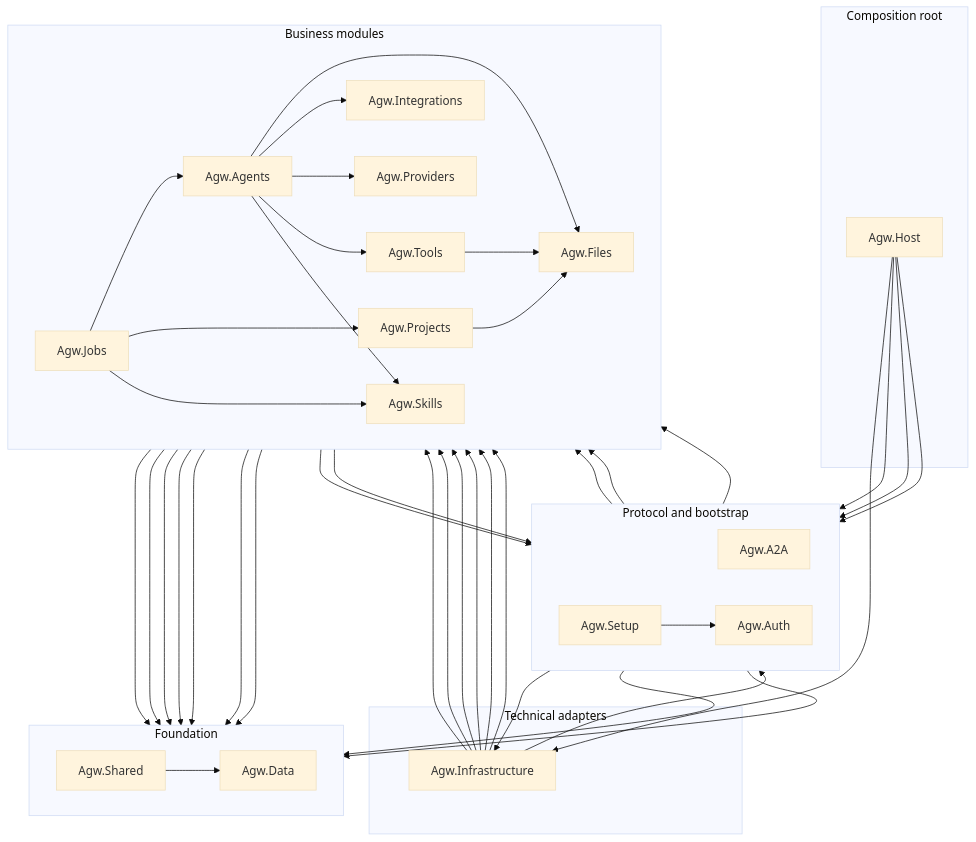
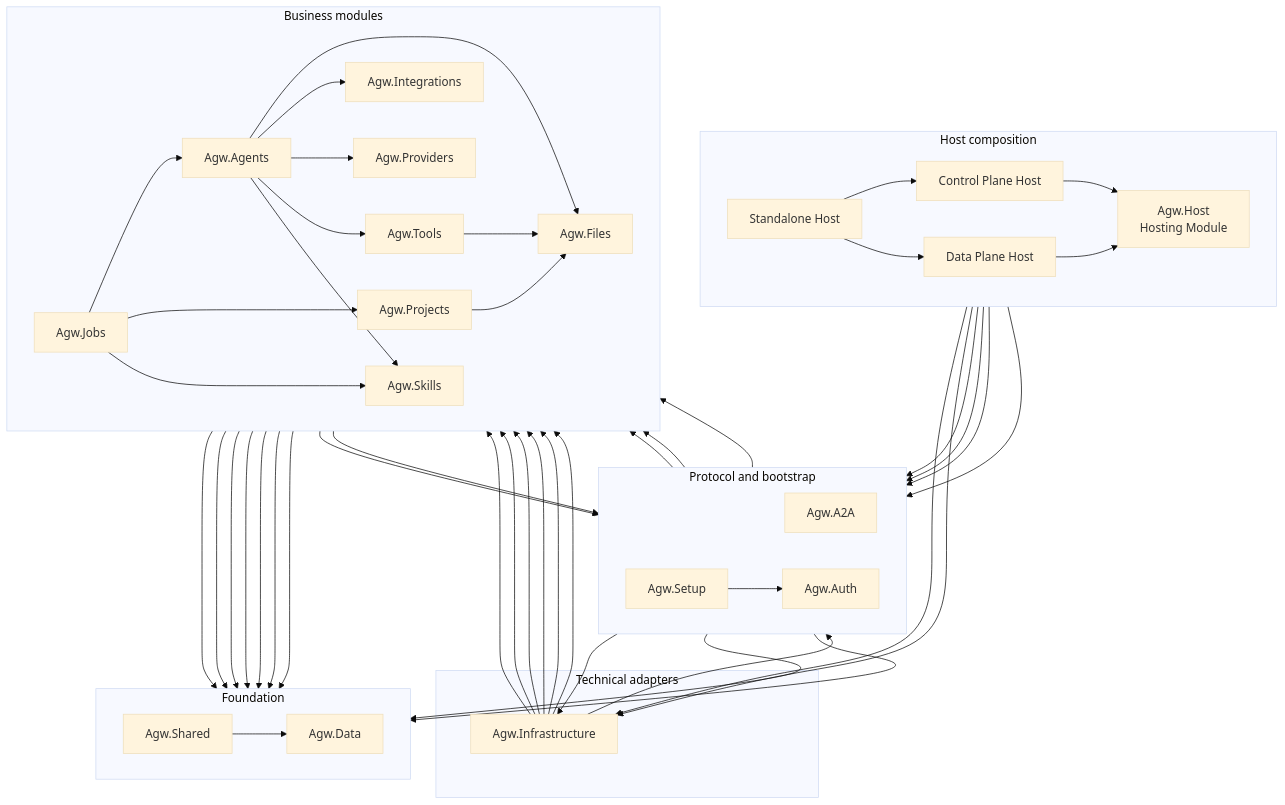
The diagram in docs/2.Architecture.md (zxyao145/agw), drawn with Mermaid (base theme) before and after one commit. The commit also changed other lines of this file and 93 other files, not shown here.

First line of the commit message:
feat(host): add control and data plane deployments

````diff
--- a/docs/2.Architecture.md
+++ b/docs/2.Architecture.md
@@ -49,7 +52,11 @@
 ```mermaid
 flowchart TB
-    subgraph Composition["Composition root"]
-        HOST["Agw.Host"]
+    subgraph Composition["Host composition"]
+        direction LR
+        CONTROL["Control Plane Host"]
+        DATAPLANE["Data Plane Host"]
+        STANDALONE["Standalone Host"]
+        HOST["Agw.Host<br/>Hosting Module"]
     end
 
     subgraph Boundaries["Protocol and bootstrap"]
@@ -81,10 +88,16 @@
         DATA["Agw.Data"]
     end
 
-    HOST --> A2A
-    HOST --> AUTH
-    HOST --> INFRA
-    HOST --> SETUP
+    CONTROL --> HOST
+    DATAPLANE --> HOST
+    STANDALONE --> CONTROL
+    STANDALONE --> DATAPLANE
+    CONTROL --> AUTH
+    CONTROL --> INFRA
+    CONTROL --> SETUP
+    DATAPLANE --> A2A
+    DATAPLANE --> AUTH
+    DATAPLANE --> INFRA
 
     SETUP --> AUTH
     SETUP --> INFRA
````
